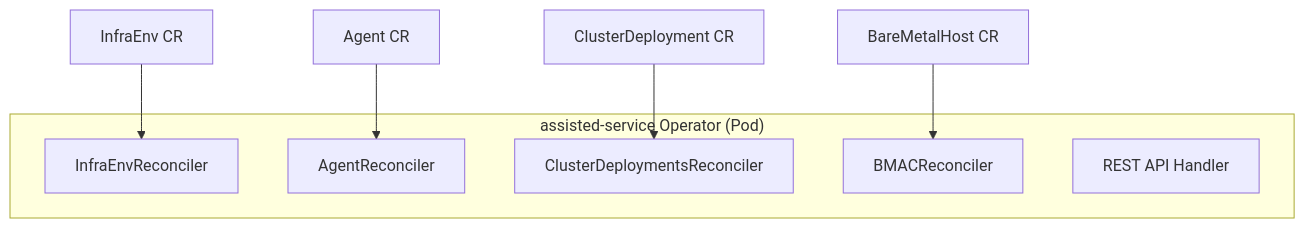
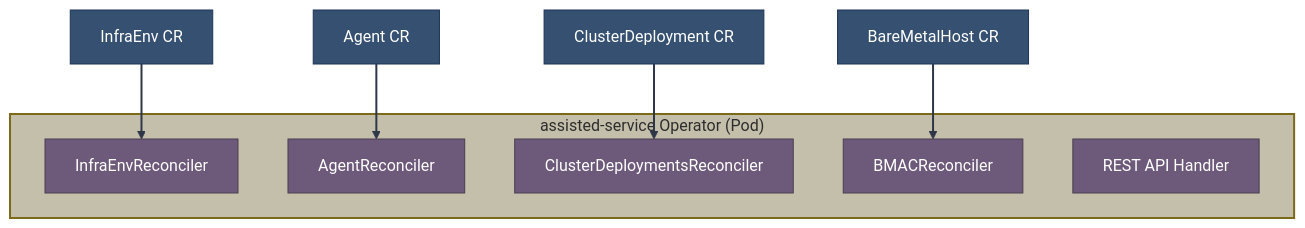
The first of 7 diagrams in 07-operators-controllers/overview.md (zszabo-rh/openshift-install-guide), drawn with Mermaid before and after one commit. The commit also changed other lines of this file and 16 other files, not shown here.

Commit message:
improved diagram style

````diff
--- a/07-operators-controllers/overview.md
+++ b/07-operators-controllers/overview.md
@@ -16,15 +16,29 @@
 ```mermaid
 graph TB
-    subgraph "assisted-service Operator (Pod)"
+    subgraph operator["assisted-service Operator (Pod)"]
         CTRL1[InfraEnvReconciler]
         CTRL2[AgentReconciler]
         CTRL3[ClusterDeploymentsReconciler]
         CTRL4[BMACReconciler]
         API[REST API Handler]
     end
     
     IE[InfraEnv CR] --> CTRL1
     AGENT[Agent CR] --> CTRL2
     CD[ClusterDeployment CR] --> CTRL3
     BMH[BareMetalHost CR] --> CTRL4
+    
+    style CTRL1 fill:#6d597a,stroke:#4a3f50,color:#fff
+    style CTRL2 fill:#6d597a,stroke:#4a3f50,color:#fff
+    style CTRL3 fill:#6d597a,stroke:#4a3f50,color:#fff
+    style CTRL4 fill:#6d597a,stroke:#4a3f50,color:#fff
+    style API fill:#6d597a,stroke:#4a3f50,color:#fff
+    style IE fill:#355070,stroke:#1d3557,color:#fff
+    style AGENT fill:#355070,stroke:#1d3557,color:#fff
+    style CD fill:#355070,stroke:#1d3557,color:#fff
+    style BMH fill:#355070,stroke:#1d3557,color:#fff
+    
+    style operator fill:#c4bfaa,stroke:#7a6a1a,stroke-width:2px,color:#2d2d2d
+    
+    linkStyle default stroke:#2d3748,stroke-width:2px
 ```
````
